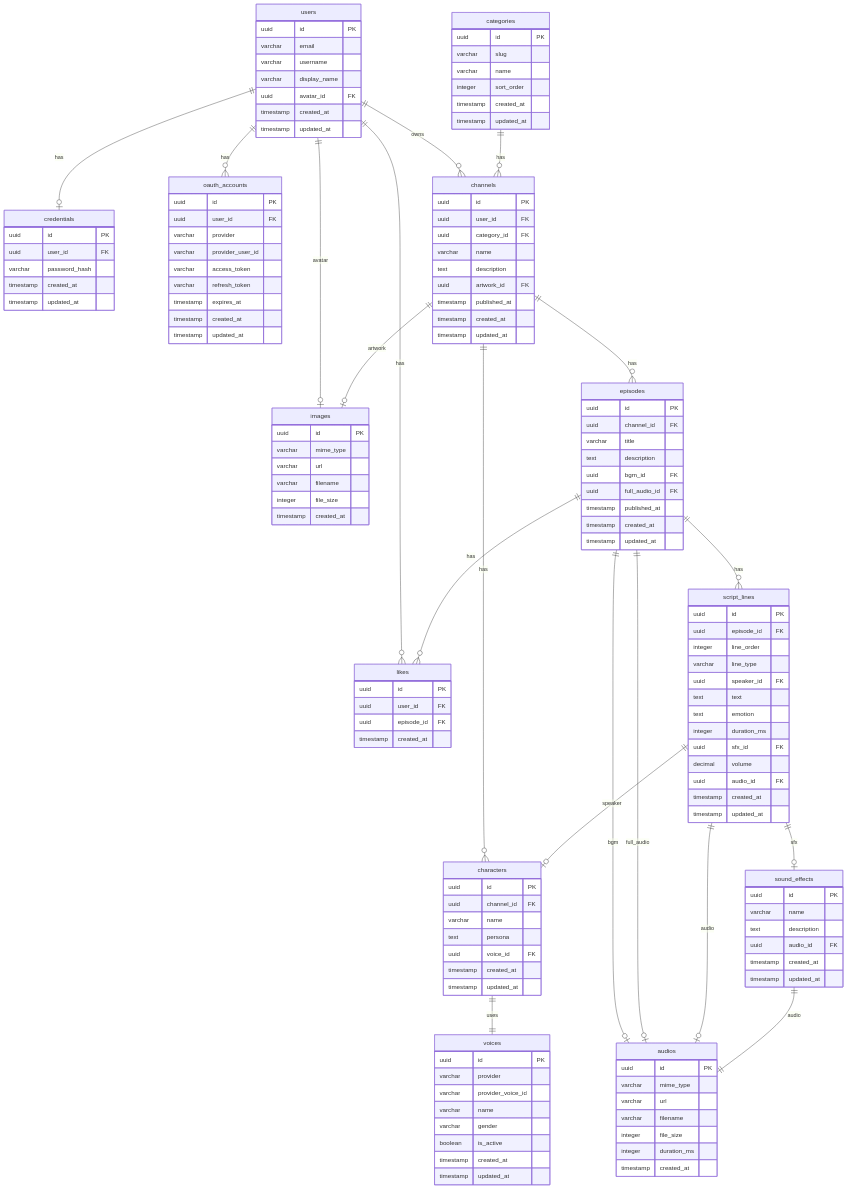
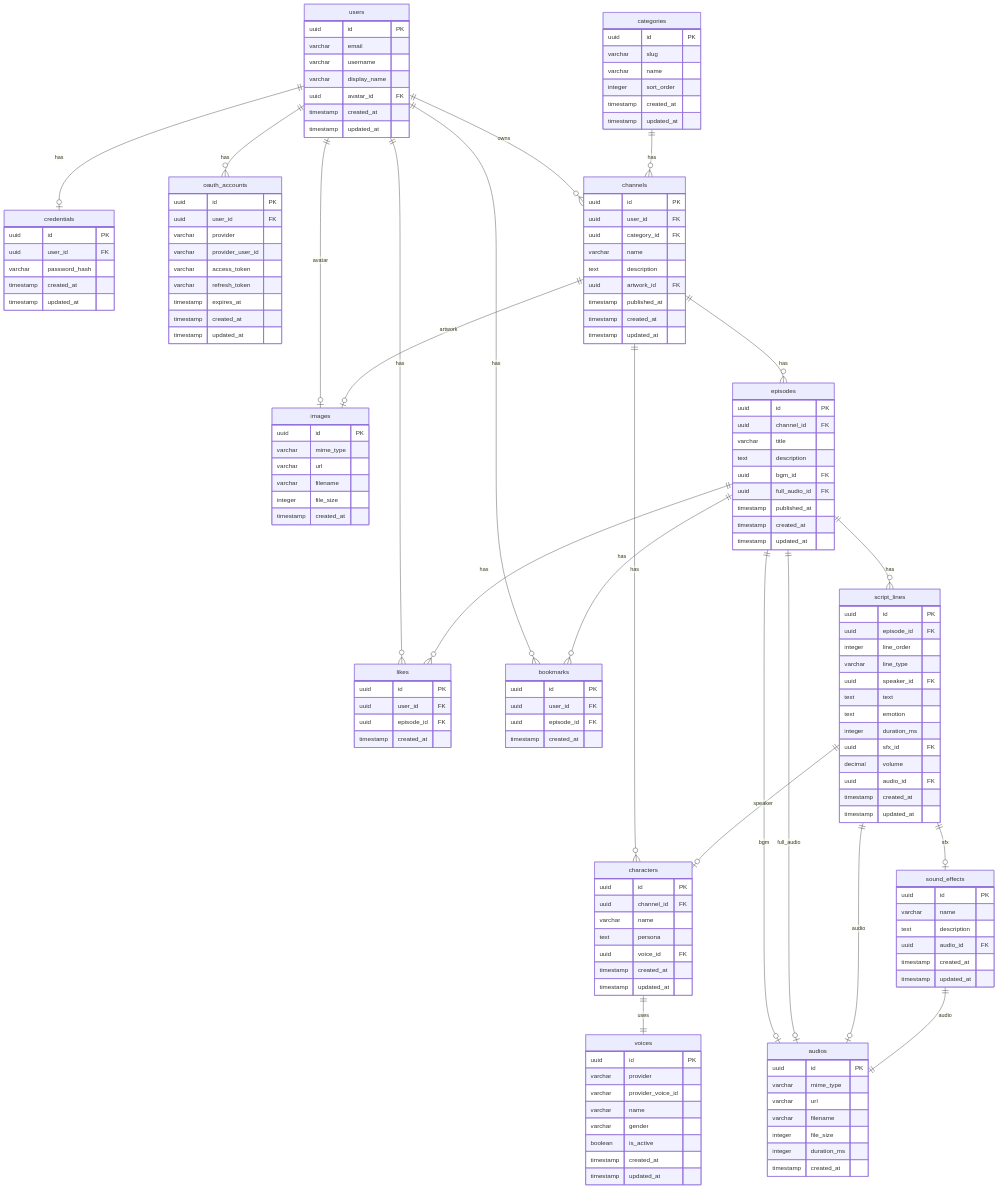
The diagram in docs/database.md (siropaca/anycast-backend), drawn with Mermaid before and after one commit. The commit also changed other lines of this file and 3 other files, not shown here.

```diff
--- a/docs/database.md
+++ b/docs/database.md
@@ -8,6 +8,7 @@
     users ||--o{ oauth_accounts : has
     users ||--o{ channels : owns
     users ||--o{ likes : has
+    users ||--o{ bookmarks : has
     users ||--o| images : avatar
     categories ||--o{ channels : has
     channels ||--o{ characters : has
@@ -16,6 +17,7 @@
     characters ||--|| voices : uses
     episodes ||--o{ script_lines : has
     episodes ||--o{ likes : has
+    episodes ||--o{ bookmarks : has
     episodes ||--o| audios : bgm
     episodes ||--o| audios : full_audio
     script_lines ||--o| characters : speaker
@@ -24,6 +26,13 @@
     sound_effects ||--|| audios : audio
 
     likes {
+        uuid id PK
+        uuid user_id FK
+        uuid episode_id FK
+        timestamp created_at
+    }
+
+    bookmarks {
         uuid id PK
         uuid user_id FK
         uuid episode_id FK
```
